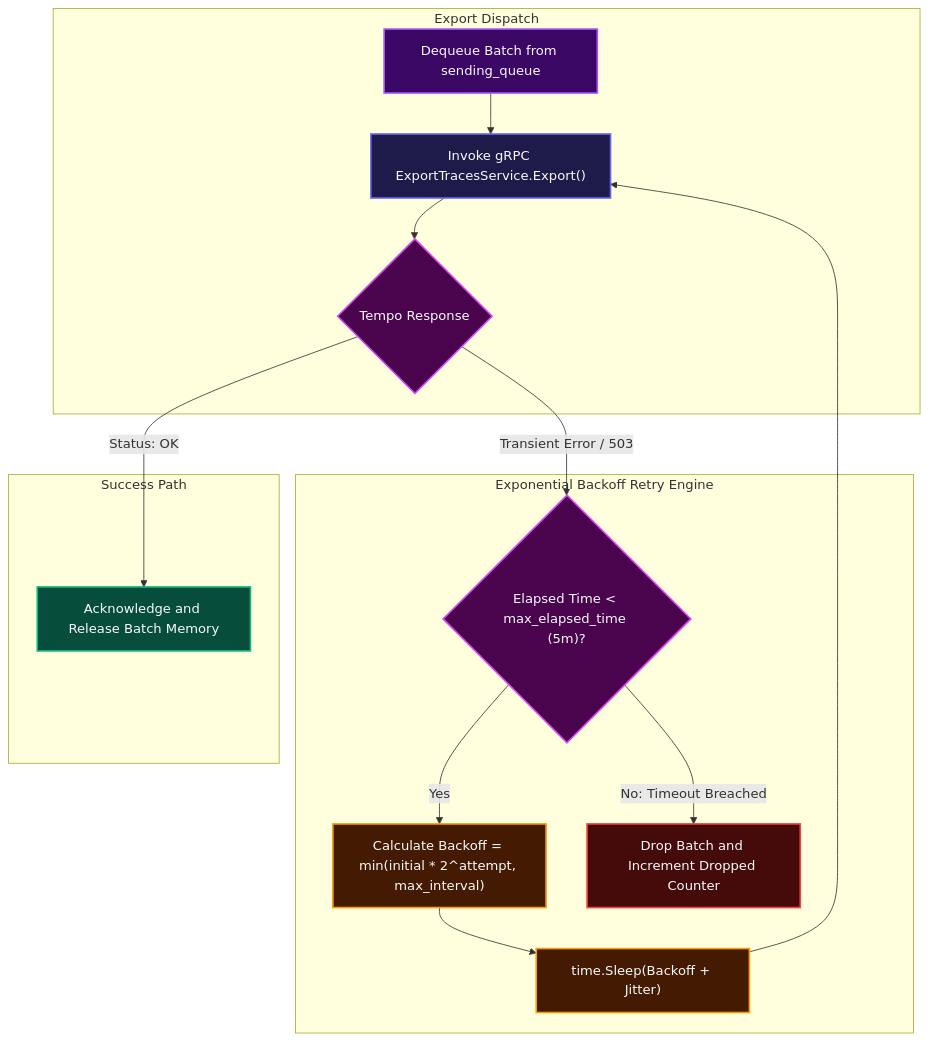
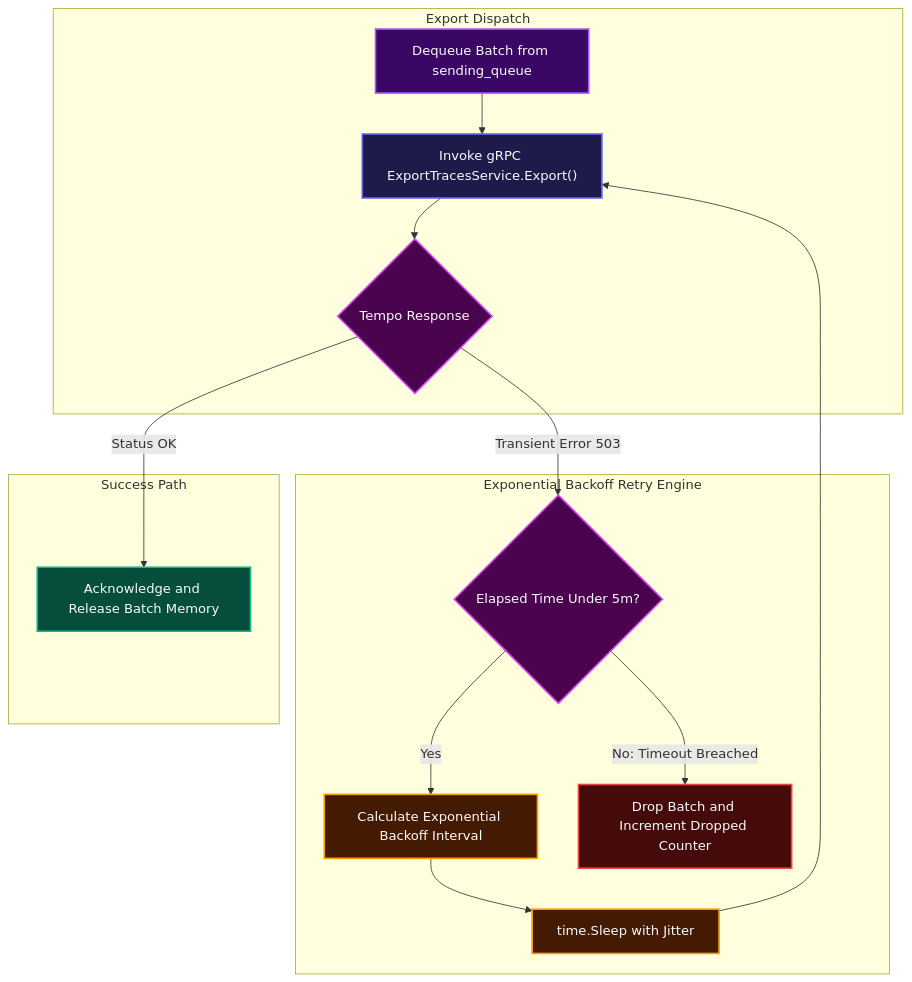
Diagram 14 of 22 in docs/configDoc/otel-collector-configuration-guide.md (Chief-Strategist-J/llm-obs-infra), drawn with Mermaid before and after one commit. The commit also changed other lines of this file and 4 other files, not shown here.

First line of the commit message:
fix(docs): resolve Mermaid parse errors in edge labels across OTel guide and ADR-0009

````diff
--- a/docs/configDoc/otel-collector-configuration-guide.md
+++ b/docs/configDoc/otel-collector-configuration-guide.md
@@ -1342,28 +1342,28 @@
 ```mermaid
 graph TD
     subgraph DispatchAttempt ["Export Dispatch"]
         DequeueBatch["Dequeue Batch from sending_queue"] --> CallExport["Invoke gRPC ExportTracesService.Export()"]
         CallExport --> ResponseCheck{"Tempo Response"}
     end
 
     subgraph SuccessPath ["Success Path"]
-        ResponseCheck -->|Status: OK| AckBatch["Acknowledge and Release Batch Memory"]
+        ResponseCheck -->|Status OK| AckBatch["Acknowledge and Release Batch Memory"]
     end
 
     subgraph RetryStateMachine ["Exponential Backoff Retry Engine"]
-        ResponseCheck -->|Transient Error / 503| CheckElapsed{"Elapsed Time < max_elapsed_time (5m)?"}
-        CheckElapsed -->|Yes| CalcBackoff["Calculate Backoff = min(initial * 2^attempt, max_interval)"]
-        CalcBackoff --> SleepWait["time.Sleep(Backoff + Jitter)"]
+        ResponseCheck -->|Transient Error 503| CheckElapsed{"Elapsed Time Under 5m?"}
+        CheckElapsed -->|Yes| CalcBackoff["Calculate Exponential Backoff Interval"]
+        CalcBackoff --> SleepWait["time.Sleep with Jitter"]
         SleepWait --> CallExport
         CheckElapsed -->|No: Timeout Breached| DropBatch["Drop Batch and Increment Dropped Counter"]
     end
 
     style DequeueBatch fill:#3b0764,stroke:#a855f7,stroke-width:2px,color:#f8fafc
     style CallExport fill:#1e1b4b,stroke:#6366f1,stroke-width:2px,color:#f8fafc
     style ResponseCheck fill:#4a044e,stroke:#d946ef,stroke-width:2px,color:#f8fafc
     style AckBatch fill:#064e3b,stroke:#10b981,stroke-width:2px,color:#f8fafc
     style CheckElapsed fill:#4a044e,stroke:#d946ef,stroke-width:2px,color:#f8fafc
     style CalcBackoff fill:#451a03,stroke:#f59e0b,stroke-width:2px,color:#f8fafc
     style SleepWait fill:#451a03,stroke:#f59e0b,stroke-width:2px,color:#f8fafc
     style DropBatch fill:#450a0a,stroke:#ef4444,stroke-width:2px,color:#f8fafc
 ```
````
